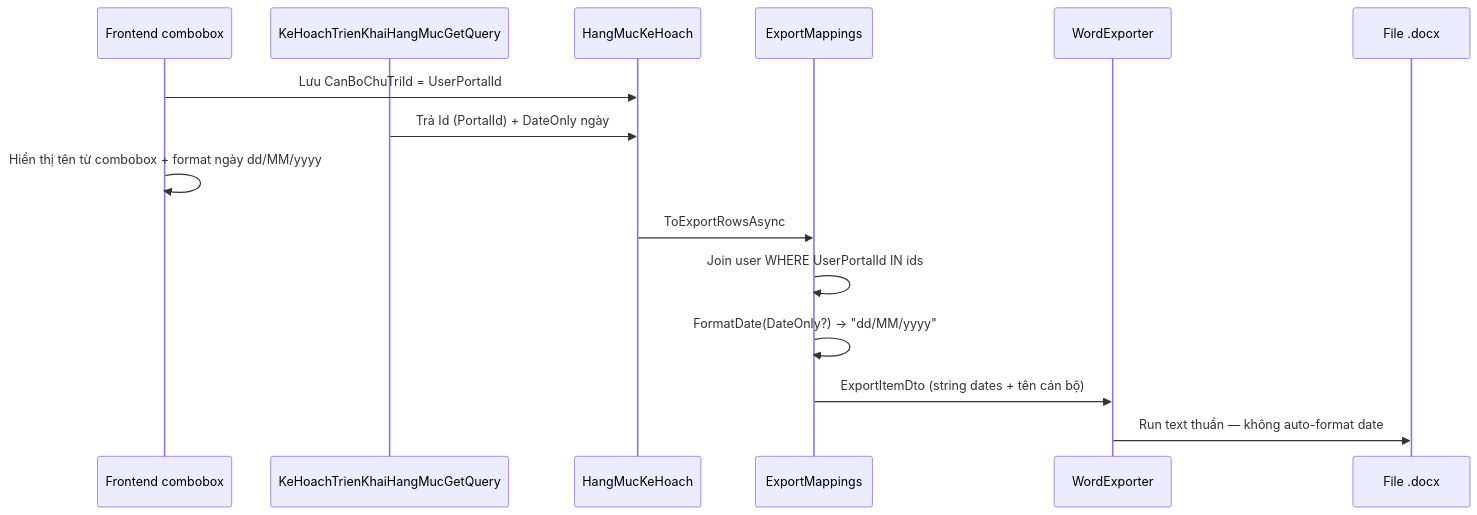
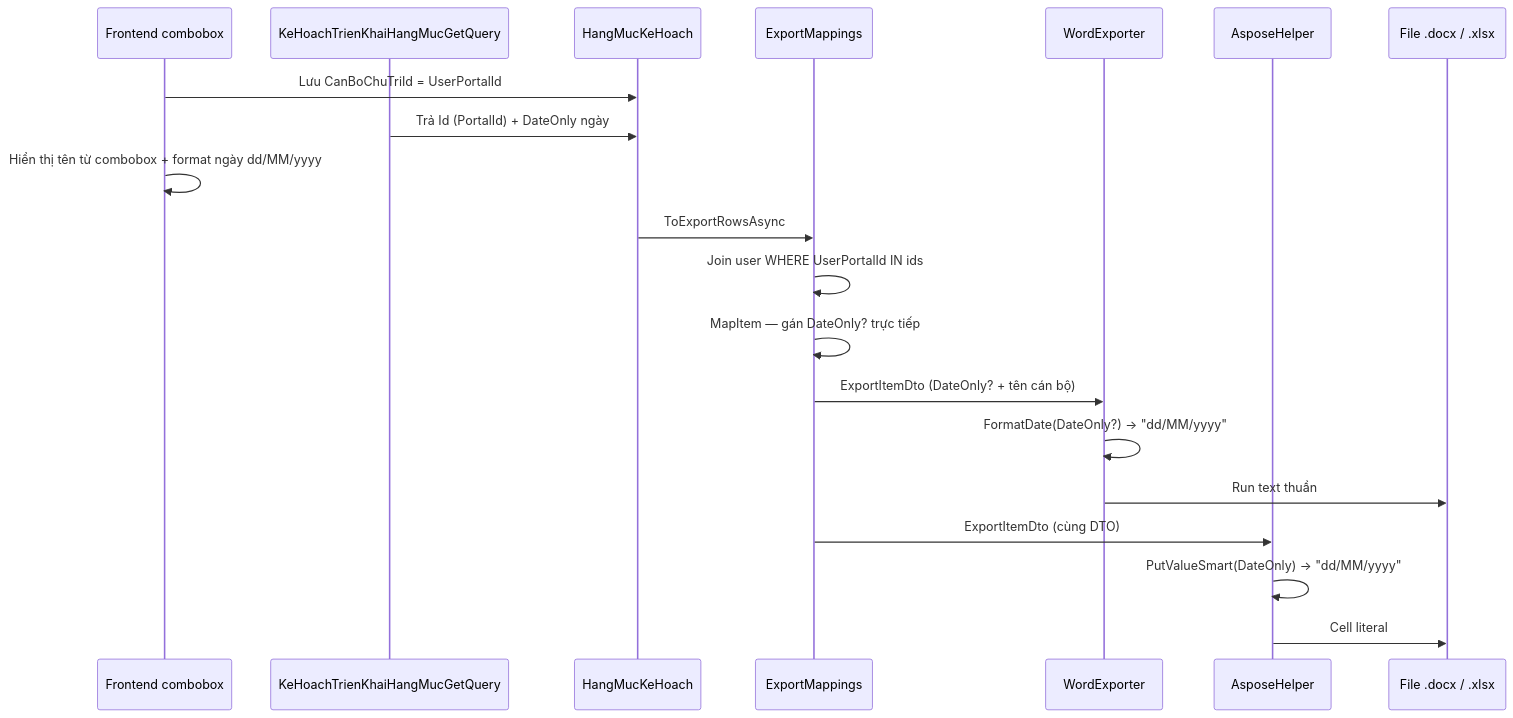
Before and after one commit to thinlam/Quan_Ly_Du_An: the diagram in docs/issues/phieu-trinh-ke-hoach-trien-khai-hang-muc-print-date-canbo-fix/report.md, drawn with Mermaid. The commit also changed other lines of this file and 6 other files, not shown here.

First line of the commit message:
QLDA: export KH hạng mục dùng DateOnly?, format ngày tại tầng export

````diff
--- a/docs/issues/phieu-trinh-ke-hoach-trien-khai-hang-muc-print-date-canbo-fix/report.md
+++ b/docs/issues/phieu-trinh-ke-hoach-trien-khai-hang-muc-print-date-canbo-fix/report.md
@@ -53,19 +55,25 @@
 ```mermaid
 sequenceDiagram
     participant UI as Frontend combobox
     participant GetQ as KeHoachTrienKhaiHangMucGetQuery
     participant DB as HangMucKeHoach
     participant Map as ExportMappings
     participant Word as WordExporter
-    participant Docx as File .docx
+    participant Excel as AsposeHelper
+    participant Docx as File .docx / .xlsx
 
     UI->>DB: Lưu CanBoChuTriId = UserPortalId
     GetQ->>DB: Trả Id (PortalId) + DateOnly ngày
     UI->>UI: Hiển thị tên từ combobox + format ngày dd/MM/yyyy
 
     DB->>Map: ToExportRowsAsync
     Map->>Map: Join user WHERE UserPortalId IN ids
-    Map->>Map: FormatDate(DateOnly?) → "dd/MM/yyyy"
-    Map->>Word: ExportItemDto (string dates + tên cán bộ)
-    Word->>Docx: Run text thuần — không auto-format date
+    Map->>Map: MapItem — gán DateOnly? trực tiếp
+    Map->>Word: ExportItemDto (DateOnly? + tên cán bộ)
+    Word->>Word: FormatDate(DateOnly?) → "dd/MM/yyyy"
+    Word->>Docx: Run text thuần
+
+    Map->>Excel: ExportItemDto (cùng DTO)
+    Excel->>Excel: PutValueSmart(DateOnly) → "dd/MM/yyyy"
+    Excel->>Docx: Cell literal
 ```
````
